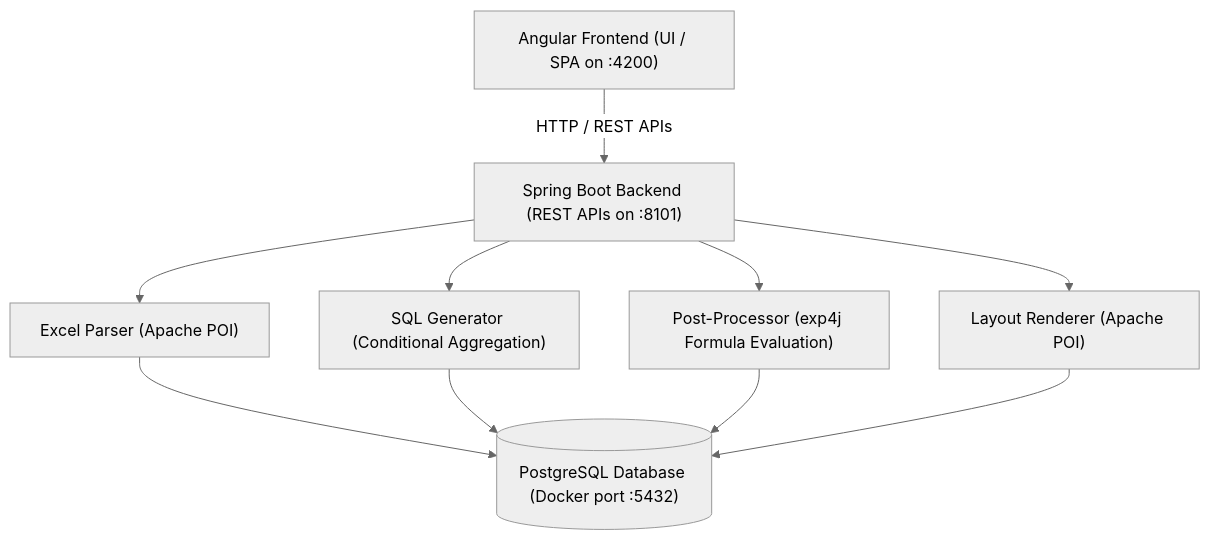
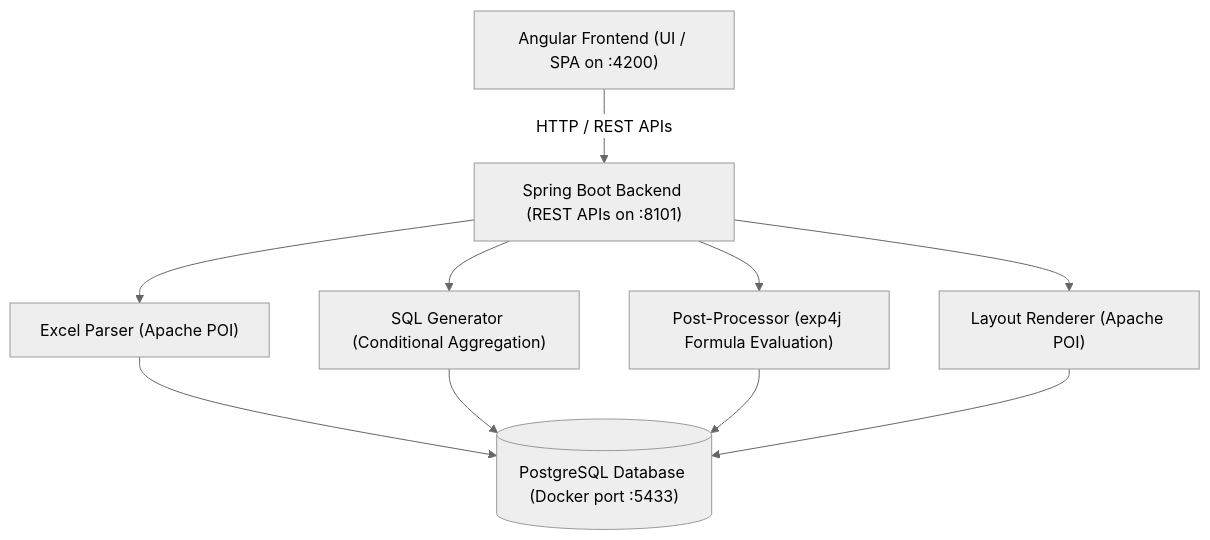
Before and after one commit to rpg2go/reportingengine_backend: the diagram in README.md, drawn with Mermaid (neutral theme). The commit also changed other lines of this file and 3 other files, not shown here.

````diff
--- a/README.md
+++ b/README.md
@@ -129,12 +116,12 @@
 ```mermaid
 flowchart TD
     A["Angular Frontend (UI / SPA on :4200)"] -->|HTTP / REST APIs| B["Spring Boot Backend (REST APIs on :8101)"]
     B --> C["Excel Parser (Apache POI)"]
     B --> D["SQL Generator (Conditional Aggregation)"]
     B --> E["Post-Processor (exp4j Formula Evaluation)"]
     B --> F["Layout Renderer (Apache POI)"]
-    C --> G[("PostgreSQL Database (Docker port :5432)")]
+    C --> G[("PostgreSQL Database (Docker port :5433)")]
     D --> G
     E --> G
     F --> G
 ```
````
